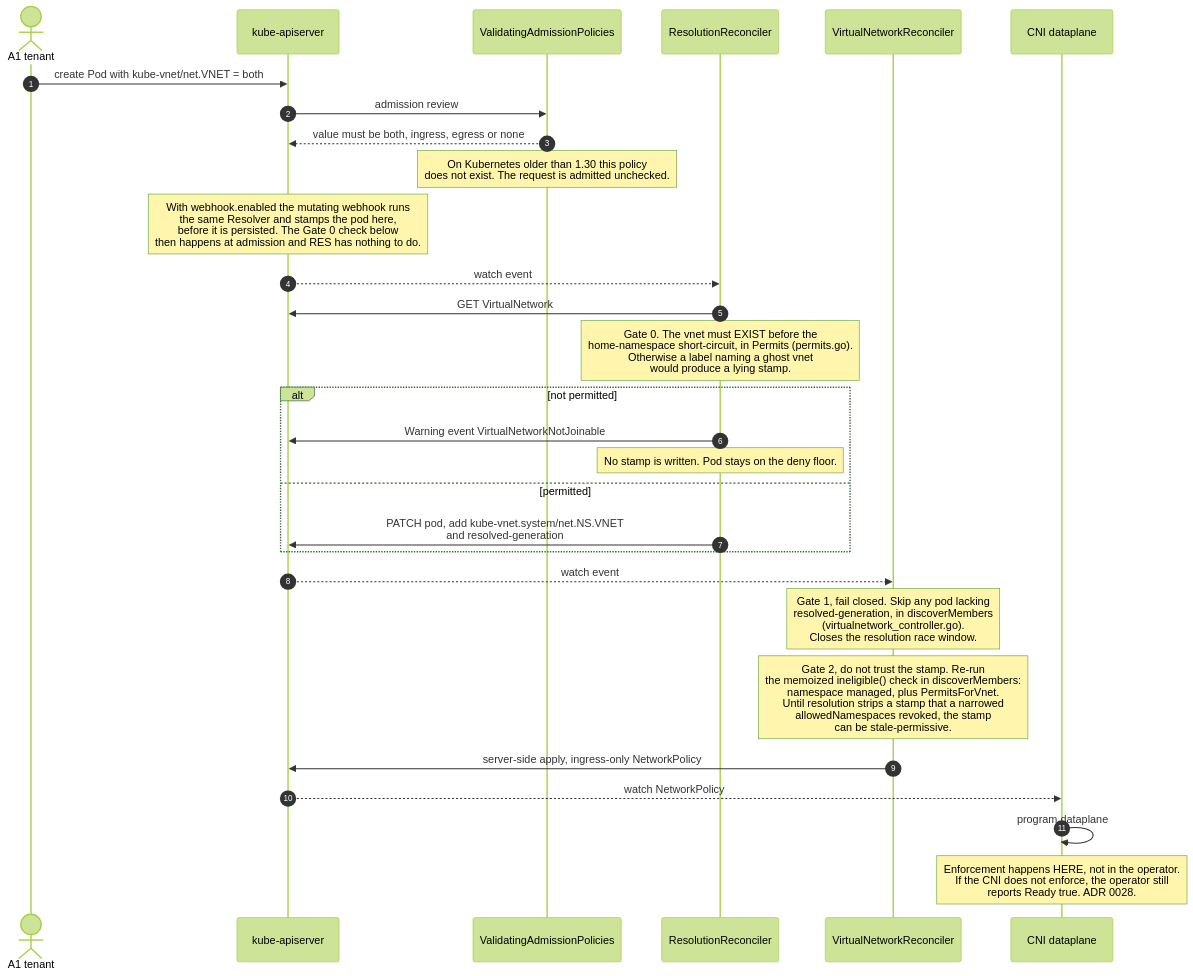
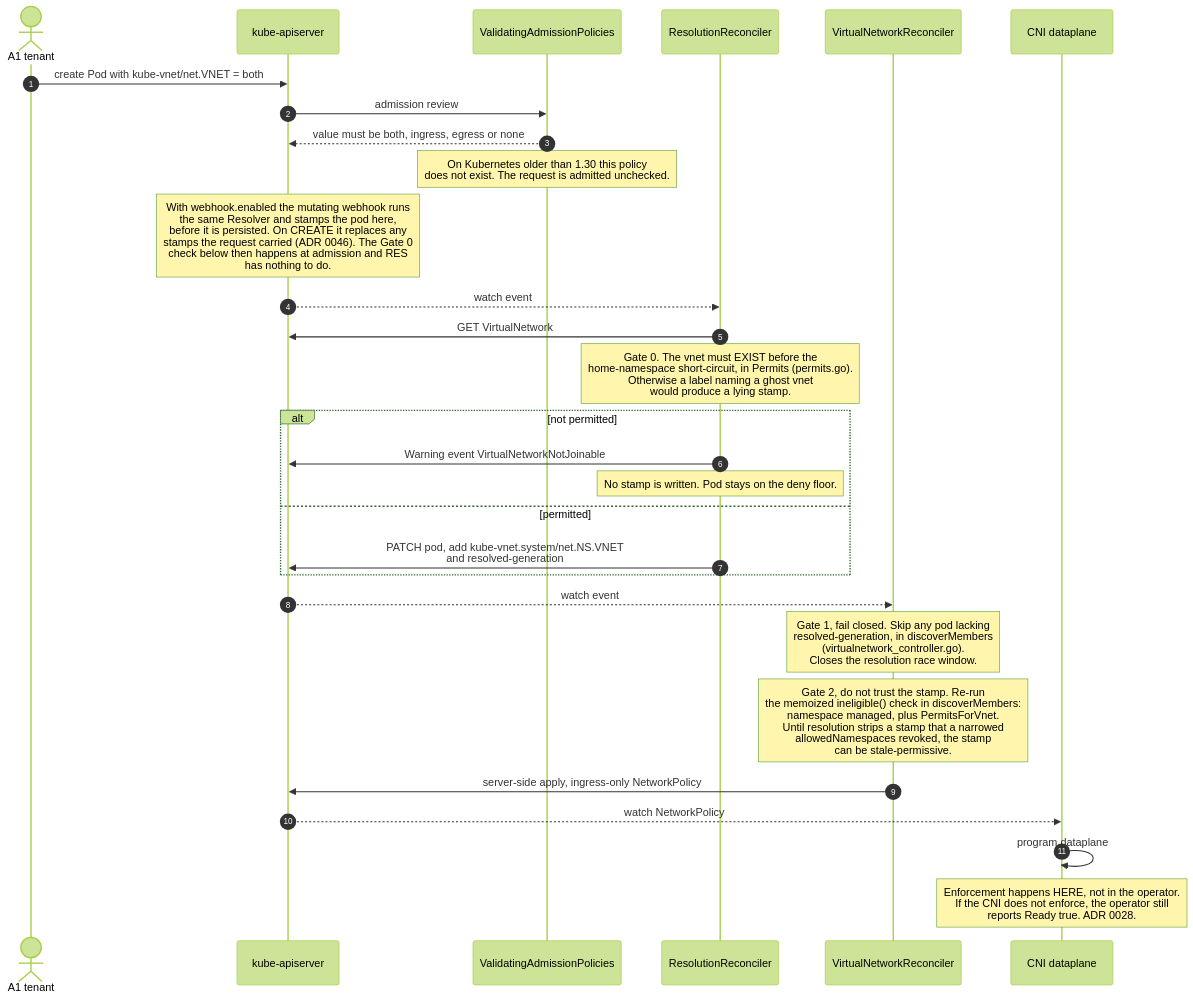
Before and after one commit to lhns/kube-vnet: the second of 2 diagrams in docs/security/threat-model.md, drawn with Mermaid (forest theme). The commit also changed other lines of this file and 1 other file, not shown here.

````diff
--- a/docs/security/threat-model.md
+++ b/docs/security/threat-model.md
@@ -131,35 +134,35 @@
 ```mermaid
 sequenceDiagram
     autonumber
     actor T as A1 tenant
     participant API as kube-apiserver
     participant VAP as ValidatingAdmissionPolicies
     participant RES as ResolutionReconciler
     participant GEN as VirtualNetworkReconciler
     participant CNI as CNI dataplane
 
     T->>API: create Pod with kube-vnet/net.VNET = both
     API->>VAP: admission review
     VAP-->>API: value must be both, ingress, egress or none
     Note over VAP: On Kubernetes older than 1.30 this policy<br/>does not exist. The request is admitted unchecked.
-    Note over API: With webhook.enabled the mutating webhook runs<br/>the same Resolver and stamps the pod here,<br/>before it is persisted. The Gate 0 check below<br/>then happens at admission and RES has nothing to do.
+    Note over API: With webhook.enabled the mutating webhook runs<br/>the same Resolver and stamps the pod here,<br/>before it is persisted. On CREATE it replaces any<br/>stamps the request carried (ADR 0046). The Gate 0<br/>check below then happens at admission and RES<br/>has nothing to do.
 
     API-->>RES: watch event
     RES->>API: GET VirtualNetwork
     Note over RES: Gate 0. The vnet must EXIST before the<br/>home-namespace short-circuit, in Permits (permits.go).<br/>Otherwise a label naming a ghost vnet<br/>would produce a lying stamp.
     alt not permitted
         RES->>API: Warning event VirtualNetworkNotJoinable
         Note over RES: No stamp is written. Pod stays on the deny floor.
     else permitted
         RES->>API: PATCH pod, add kube-vnet.system/net.NS.VNET<br/>and resolved-generation
     end
 
     API-->>GEN: watch event
     Note over GEN: Gate 1, fail closed. Skip any pod lacking<br/>resolved-generation, in discoverMembers<br/>(virtualnetwork_controller.go).<br/>Closes the resolution race window.
     Note over GEN: Gate 2, do not trust the stamp. Re-run<br/>the memoized ineligible() check in discoverMembers:<br/>namespace managed, plus PermitsForVnet.<br/>Until resolution strips a stamp that a narrowed<br/>allowedNamespaces revoked, the stamp<br/>can be stale-permissive.
     GEN->>API: server-side apply, ingress-only NetworkPolicy
 
     API-->>CNI: watch NetworkPolicy
     CNI->>CNI: program dataplane
     Note over CNI: Enforcement happens HERE, not in the operator.<br/>If the CNI does not enforce, the operator still<br/>reports Ready true. ADR 0028.
 ```
````
